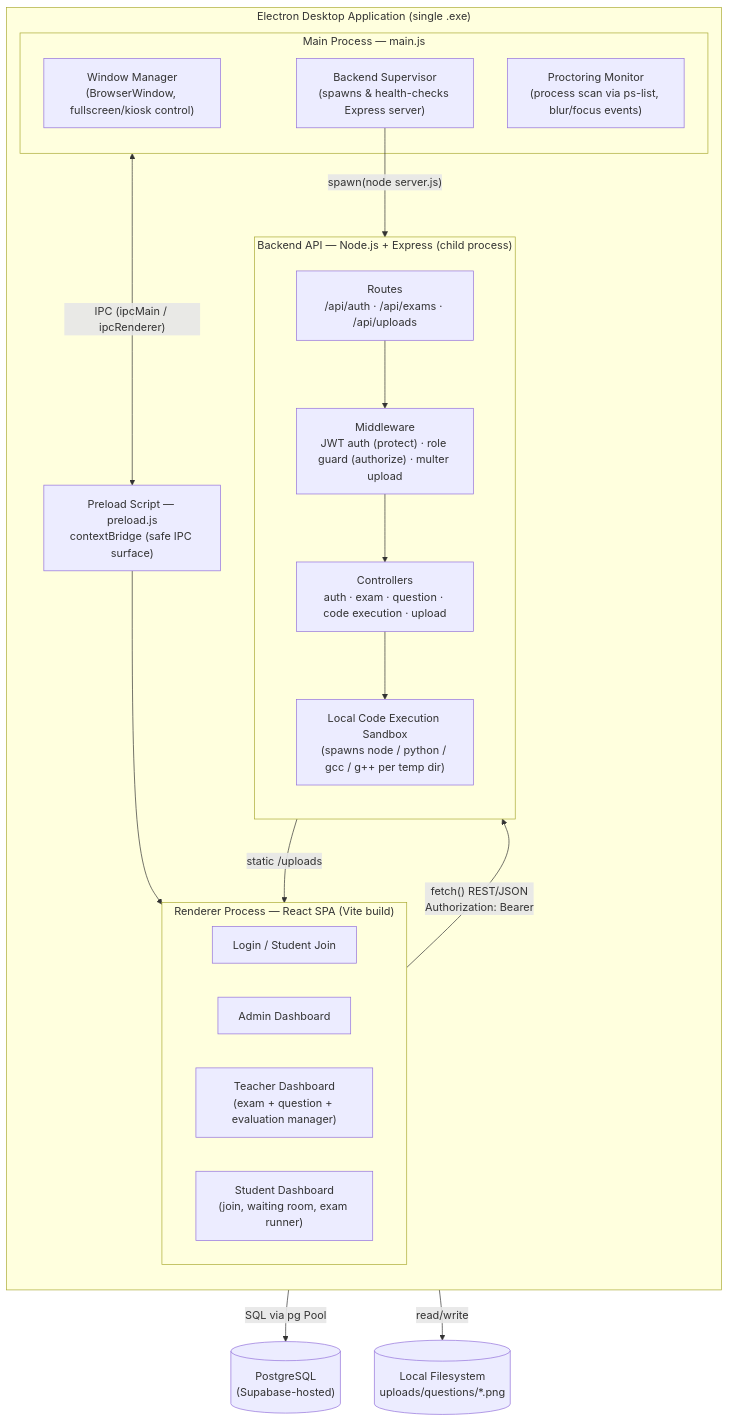
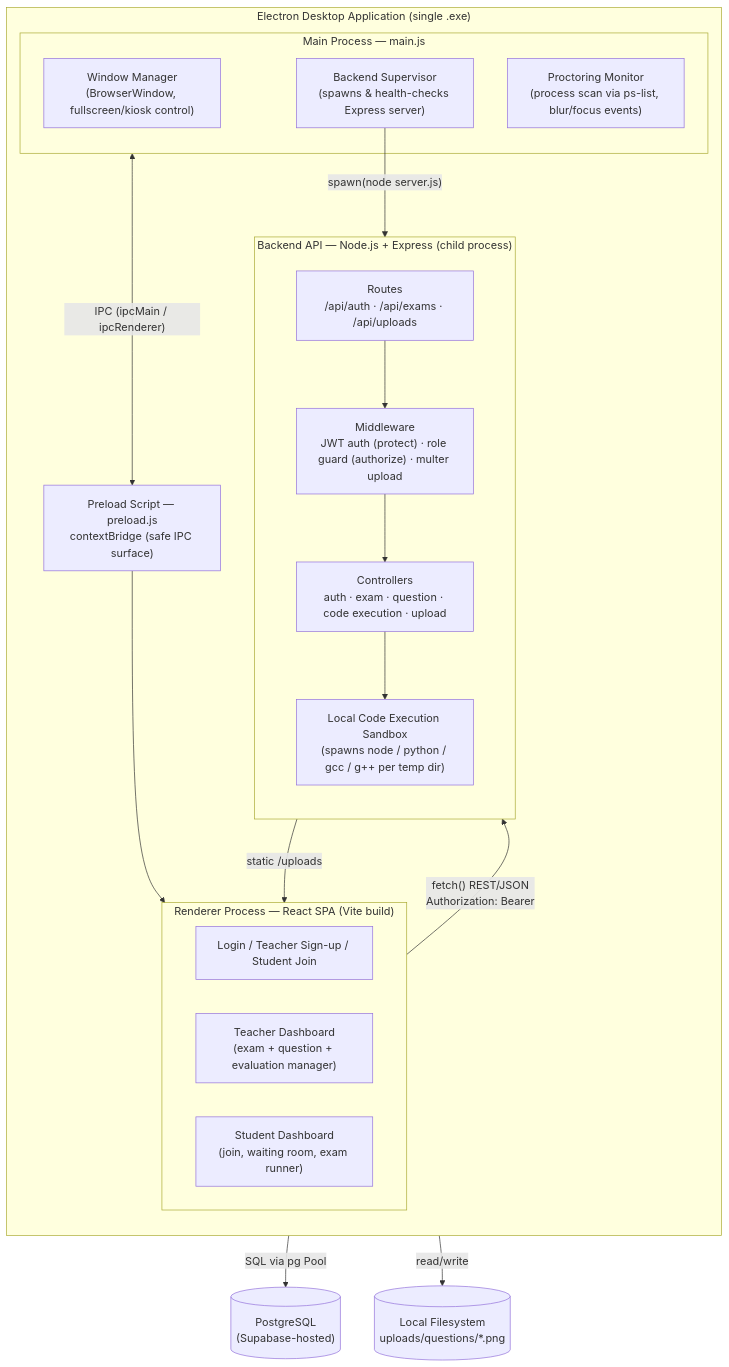
One commit to Nafiz001/secure-exam-desktop-app changed the first of 2 diagrams in README.md. Above: the diagram before and after it, drawn with Mermaid. The commit also changed other lines of this file, not shown here.

````diff
--- a/README.md
+++ b/README.md
@@ -51,43 +51,42 @@
 ```mermaid
 flowchart TB
     subgraph Desktop["Electron Desktop Application (single .exe)"]
         direction TB
 
         subgraph MainProc["Main Process — main.js"]
             WM["Window Manager<br/>(BrowserWindow, fullscreen/kiosk control)"]
             Proctor["Proctoring Monitor<br/>(process scan via ps-list, blur/focus events)"]
             Spawner["Backend Supervisor<br/>(spawns & health-checks Express server)"]
         end
 
         Preload["Preload Script — preload.js<br/>contextBridge (safe IPC surface)"]
 
         subgraph RendererProc["Renderer Process — React SPA (Vite build)"]
-            LoginPg["Login / Student Join"]
-            AdminUI["Admin Dashboard"]
+            LoginPg["Login / Teacher Sign-up / Student Join"]
             TeacherUI["Teacher Dashboard<br/>(exam + question + evaluation manager)"]
             StudentUI["Student Dashboard<br/>(join, waiting room, exam runner)"]
         end
 
         MainProc <-- "IPC (ipcMain / ipcRenderer)" --> Preload
         Preload --> RendererProc
         Spawner -- "spawn(node server.js)" --> Backend
     end
 
     subgraph Backend["Backend API — Node.js + Express (child process)"]
         direction TB
         Routes["Routes<br/>/api/auth · /api/exams · /api/uploads"]
         MW["Middleware<br/>JWT auth (protect) · role guard (authorize) · multer upload"]
         Ctrl["Controllers<br/>auth · exam · question · code execution · upload"]
         Exec["Local Code Execution Sandbox<br/>(spawns node / python / gcc / g++ per temp dir)"]
         Routes --> MW --> Ctrl
         Ctrl --> Exec
     end
 
     DB[("PostgreSQL<br/>(Supabase-hosted)")]
     FS[("Local Filesystem<br/>uploads/questions/*.png")]
 
     RendererProc -- "fetch() REST/JSON<br/>Authorization: Bearer <JWT>" --> Routes
     Ctrl -- "SQL via pg Pool" --> DB
     Ctrl -- "read/write" --> FS
     Routes -- "static /uploads" --> RendererProc
 ```
````
